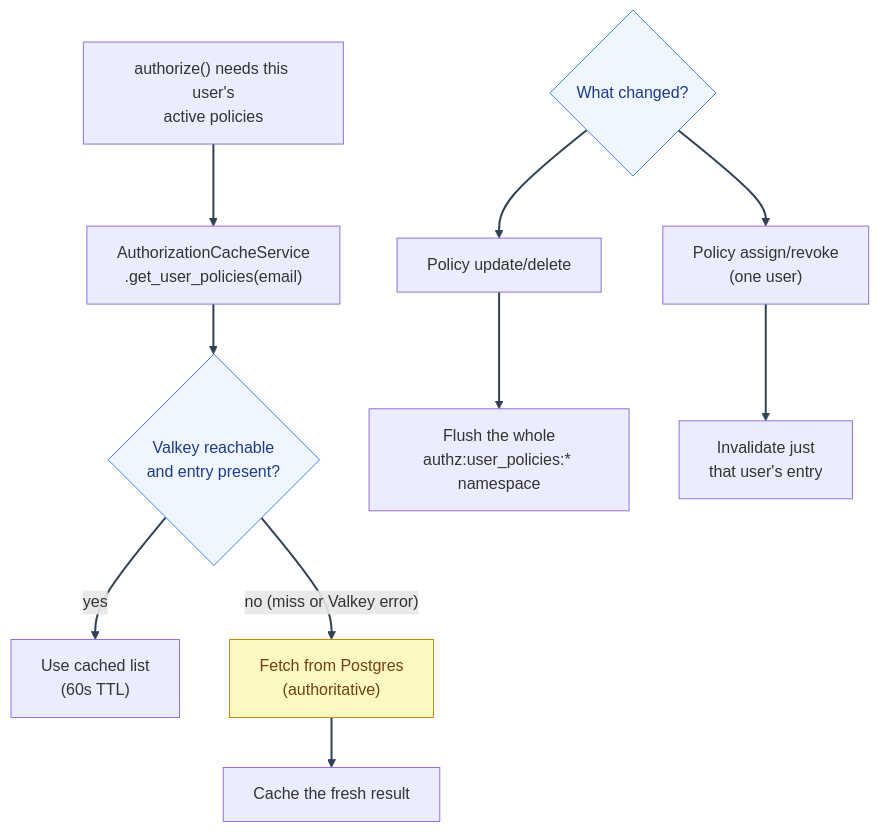
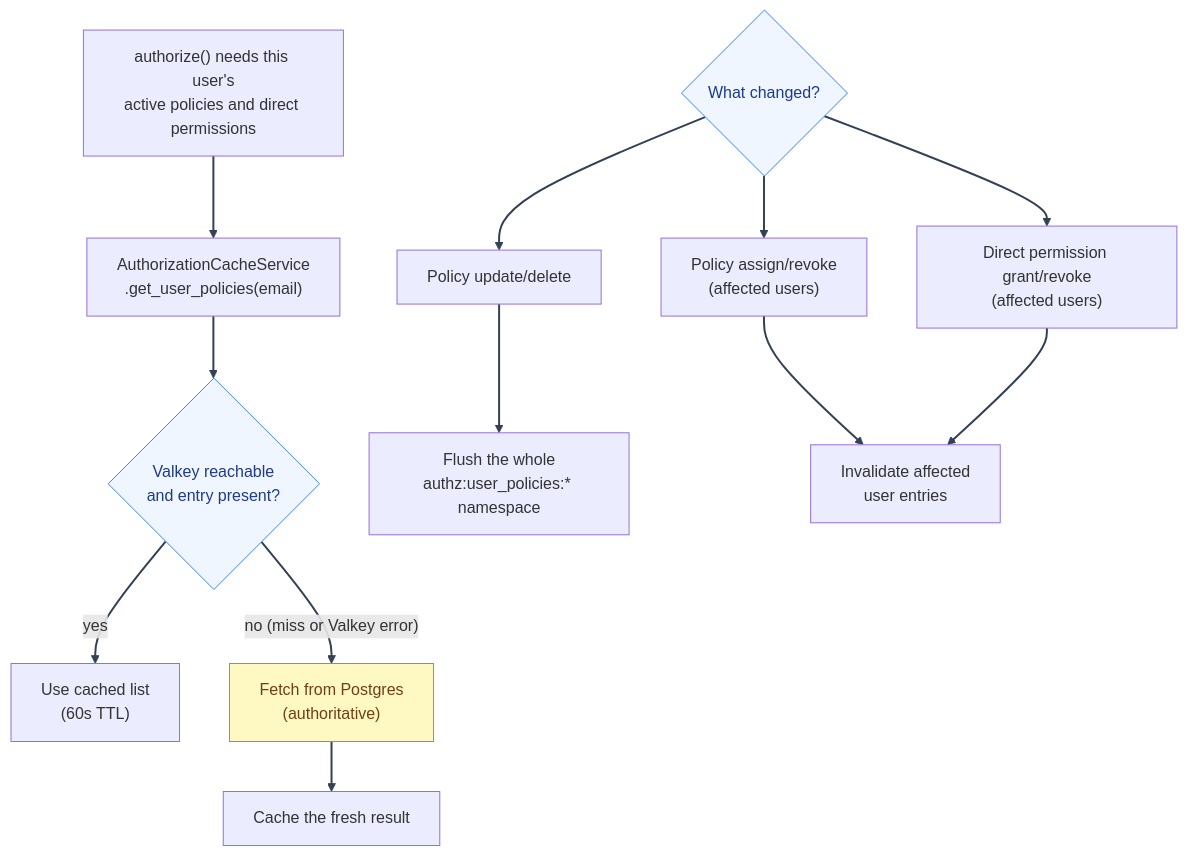
One commit to Nachiket-2024/mystic-auth changed the diagram in docs/mystic_auth/authorization/troubleshooting/valkey-and-logging.md. Above: the diagram before and after it, drawn with Mermaid. The commit also changed other lines of this file and 181 other files, not shown here.

Commit message:
Enabled system-user policy management, updated dependencies and Docker images

````diff
--- a/docs/mystic_auth/authorization/troubleshooting/valkey-and-logging.md
+++ b/docs/mystic_auth/authorization/troubleshooting/valkey-and-logging.md
@@ -18,27 +18,29 @@
 ```mermaid
 %%{init: {"themeVariables": {"lineColor": "#334155"}} }%%
 flowchart TD
-    Read["authorize() needs this user's\nactive policies"]
+    Read["authorize() needs this user's\nactive policies and direct permissions"]
     Ask["AuthorizationCacheService\n.get_user_policies(email)"]
     ValkeyOk{"Valkey reachable\nand entry present?"}
     UseCache["Use cached list\n(60s TTL)"]
     DbFetch["Fetch from Postgres\n(authoritative)"]
     SetCache["Cache the fresh result"]
     Change{"What changed?"}
     Update["Policy update/delete"]
-    Assign["Policy assign/revoke\n(one user)"]
+    Assign["Policy assign/revoke\n(affected users)"]
+    Grant["Direct permission grant/revoke\n(affected users)"]
     FlushAll["Flush the whole\nauthz:user_policies:* namespace"]
-    FlushOne["Invalidate just\nthat user's entry"]
+    FlushOne["Invalidate affected\nuser entries"]
 
     Read --> Ask --> ValkeyOk
     ValkeyOk -- "yes" --> UseCache
     ValkeyOk -- "no (miss or Valkey error)" --> DbFetch --> SetCache
     Change --> Update --> FlushAll
     Change --> Assign --> FlushOne
+    Change --> Grant --> FlushOne
 
     classDef decision fill:#eff6ff,stroke:#3b82f6,color:#1e3a8a
     classDef caution fill:#fef9c3,stroke:#ca8a04,color:#713f12
     class ValkeyOk,Change decision
     class DbFetch caution
     linkStyle default stroke:#334155,stroke-width:2px
 ```
````
